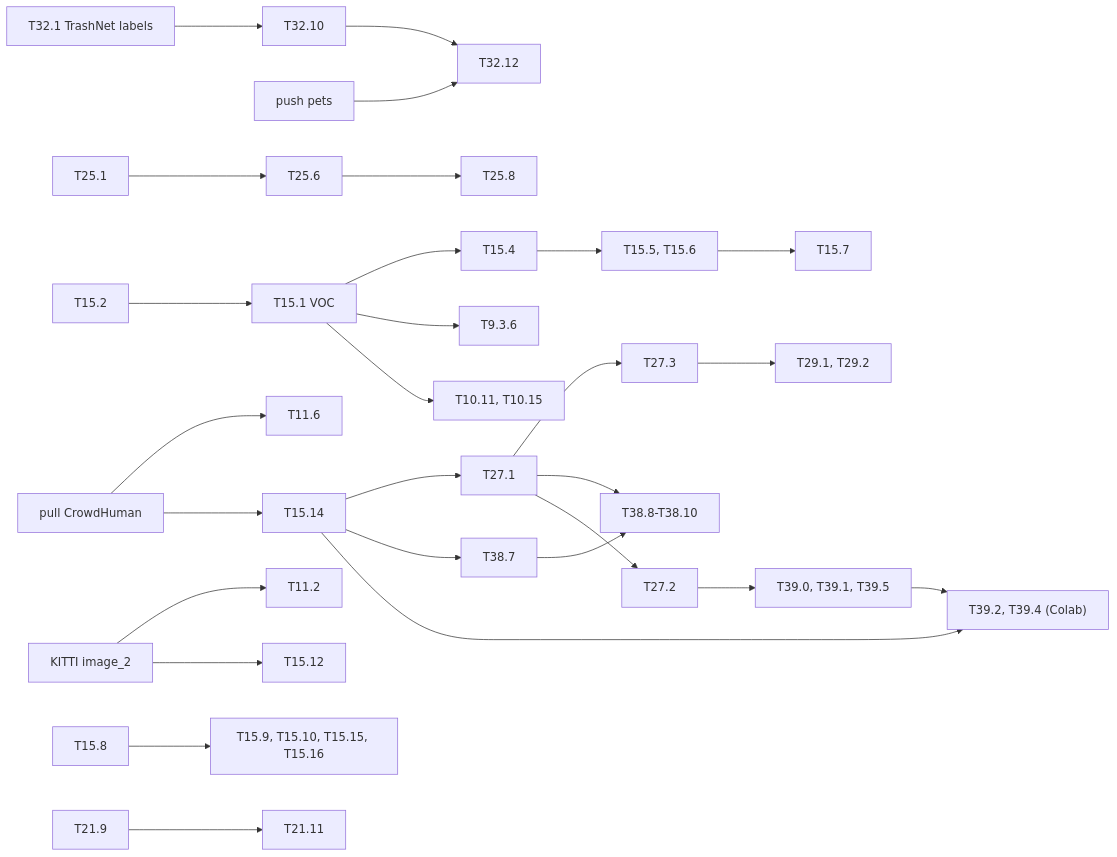
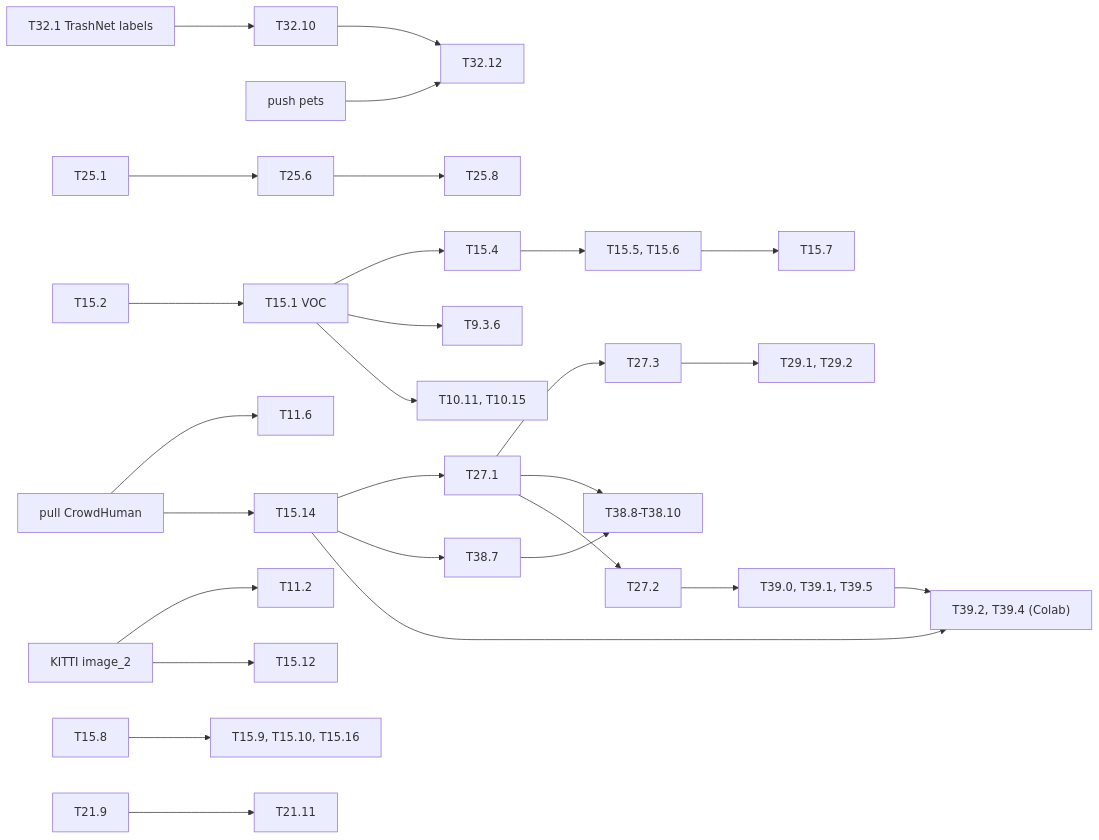
One commit to lrivals/EmbeddedComputervision changed the diagram in docs/tasks/long-runs.md. Above: the diagram before and after it, drawn with Mermaid. The commit also changed other lines of this file and 3 other files, not shown here.

````diff
--- a/docs/tasks/long-runs.md
+++ b/docs/tasks/long-runs.md
@@ -156,17 +155,17 @@
 ```mermaid
 graph LR
   T321["T32.1 TrashNet labels"] --> T3210[T32.10] --> T3212[T32.12]
   PETS["push pets"] --> T3212
   CH["pull CrowdHuman"] --> T116[T11.6] & T1514[T15.14]
   T1514 --> T271[T27.1] --> T273[T27.3] --> T29["T29.1, T29.2"]
   T251[T25.1] --> T256[T25.6] --> T258[T25.8]
   KITTI["KITTI image_2"] --> T112[T11.2] & T1512[T15.12]
   T152[T15.2] --> T151["T15.1 VOC"] --> T154[T15.4] --> T155["T15.5, T15.6"] --> T157[T15.7]
   T151 --> T936[T9.3.6] & T1011["T10.11, T10.15"]
-  T158[T15.8] --> T159["T15.9, T15.10, T15.15, T15.16"]
+  T158[T15.8] --> T159["T15.9, T15.10, T15.16"]
   T219[T21.9] --> T2111[T21.11]
   T1514 --> T387[T38.7] --> T388["T38.8-T38.10"]
   T271 --> T388
   T271 --> T272[T27.2] --> T39["T39.0, T39.1, T39.5"] --> T392["T39.2, T39.4 (Colab)"]
   T1514 --> T392
 ```
````
